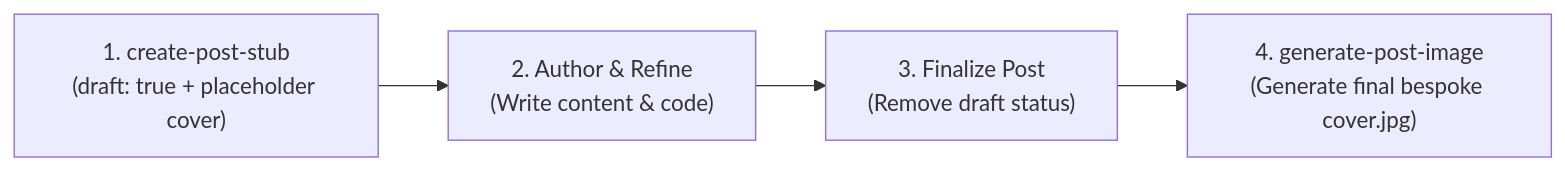
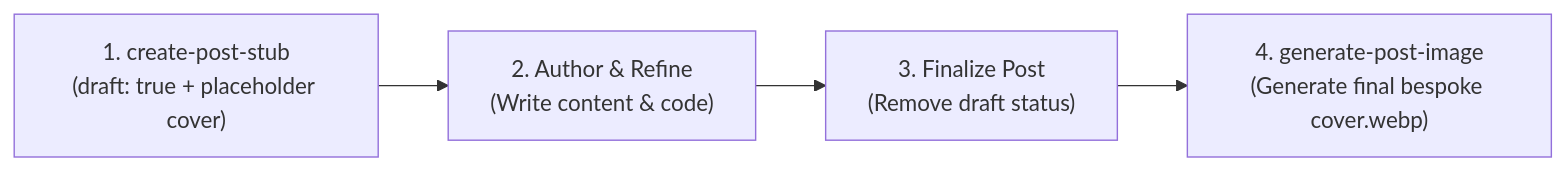
The diagram in .agents/skills/create-post-stub/SKILL.md (bwrob/bwrob.github.io), drawn with Mermaid before and after one commit. The commit also changed other lines of this file and 165 other files, not shown here.

First line of the commit message:
perf(assets): convert all site images to webp and standardize cover workflow

````diff
--- a/.agents/skills/create-post-stub/SKILL.md
+++ b/.agents/skills/create-post-stub/SKILL.md
@@ -18,10 +18,10 @@
 ```mermaid
 flowchart LR
     A["1. create-post-stub<br/>(draft: true + placeholder cover)"]
     B["2. Author & Refine<br/>(Write content & code)"]
     C["3. Finalize Post<br/>(Remove draft status)"]
-    D["4. generate-post-image<br/>(Generate final bespoke cover.jpg)"]
+    D["4. generate-post-image<br/>(Generate final bespoke cover.webp)"]
     A --> B
     B --> C
     C --> D
 ```
````
